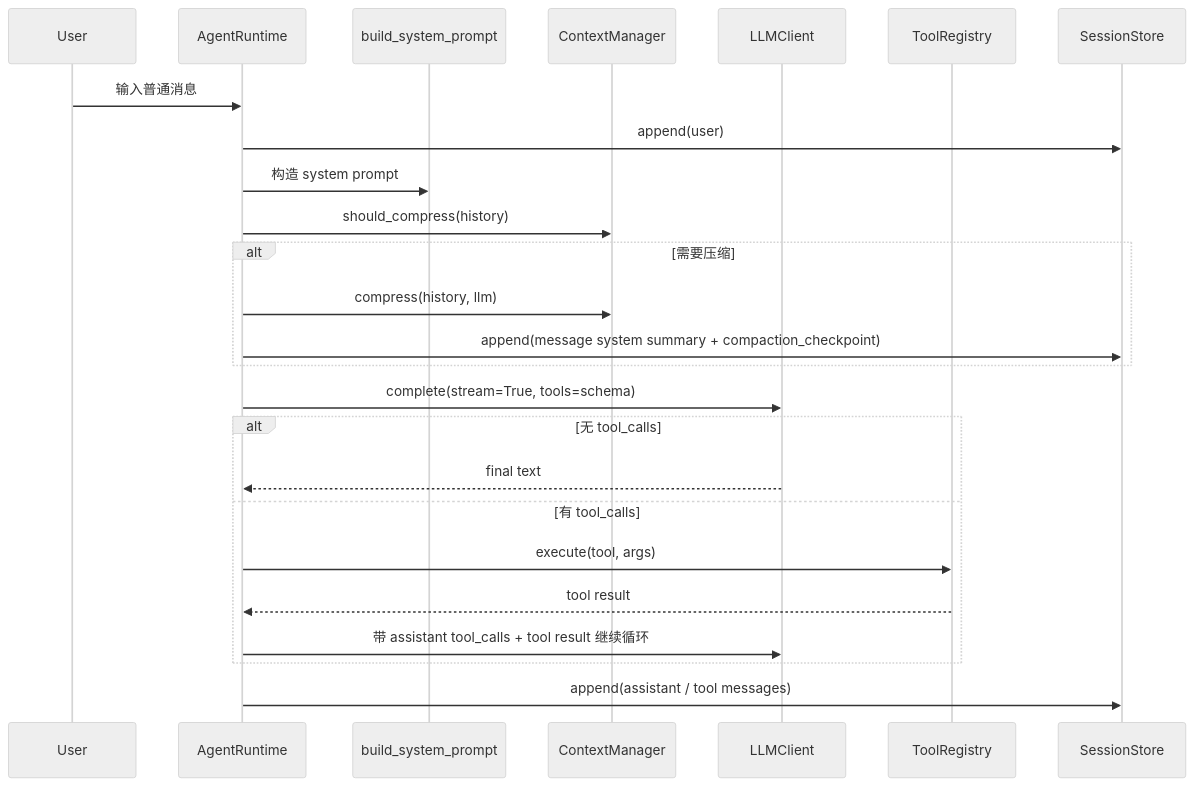
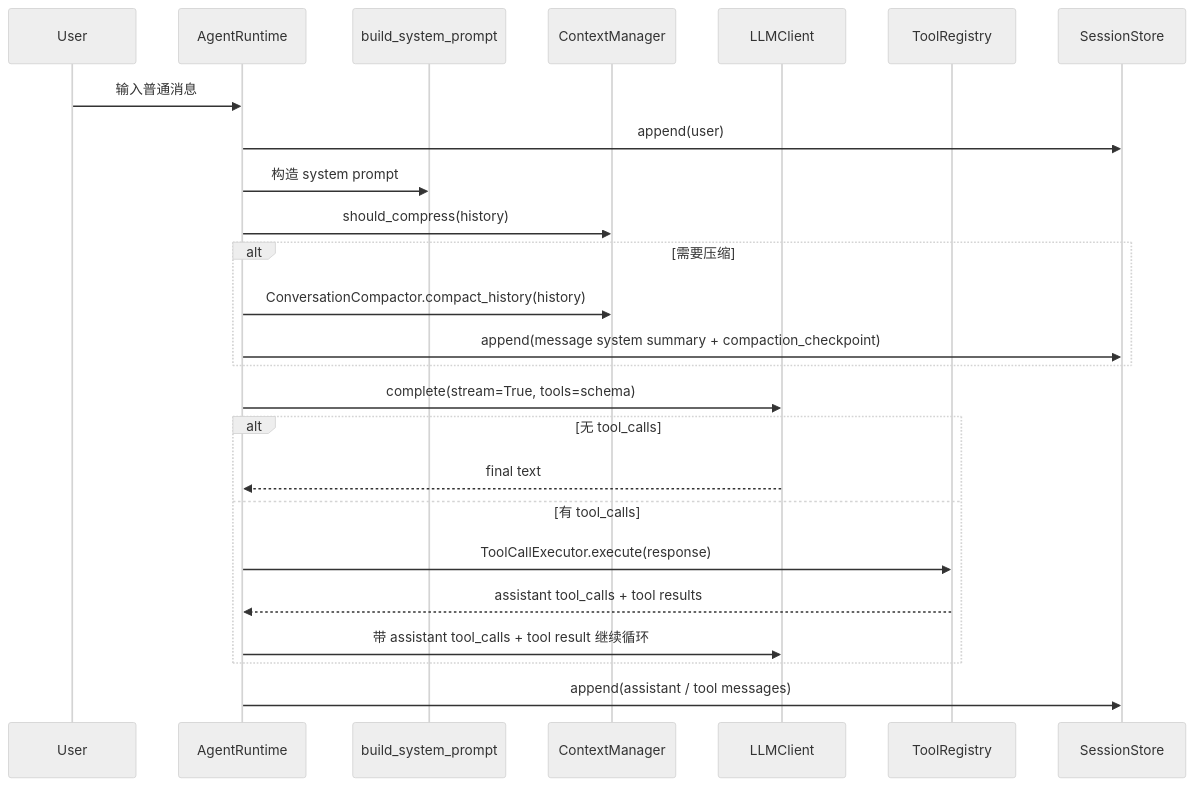
The second of 3 diagrams in docs/current/ARCHITECTURE.md (acofGDUT/Xcode), drawn with Mermaid (neutral theme) before and after one commit. The commit also changed other lines of this file and 4 other files, not shown here.

````diff
--- a/docs/current/ARCHITECTURE.md
+++ b/docs/current/ARCHITECTURE.md
@@ -60,28 +84,28 @@
 ```mermaid
 sequenceDiagram
     participant U as User
     participant R as AgentRuntime
     participant P as build_system_prompt
     participant C as ContextManager
     participant L as LLMClient
     participant T as ToolRegistry
     participant S as SessionStore
 
     U->>R: 输入普通消息
     R->>S: append(user)
     R->>P: 构造 system prompt
     R->>C: should_compress(history)
     alt 需要压缩
-        R->>C: compress(history, llm)
+        R->>C: ConversationCompactor.compact_history(history)
         R->>S: append(message system summary + compaction_checkpoint)
     end
     R->>L: complete(stream=True, tools=schema)
     alt 无 tool_calls
         L-->>R: final text
     else 有 tool_calls
-        R->>T: execute(tool, args)
-        T-->>R: tool result
+        R->>T: ToolCallExecutor.execute(response)
+        T-->>R: assistant tool_calls + tool results
         R->>L: 带 assistant tool_calls + tool result 继续循环
     end
     R->>S: append(assistant / tool messages)
 ```
````
